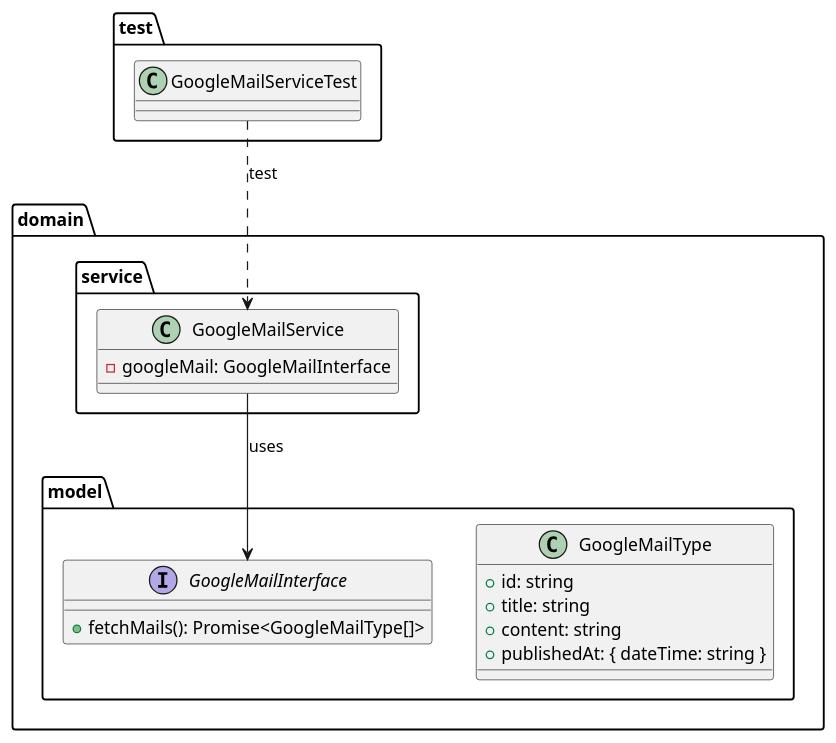
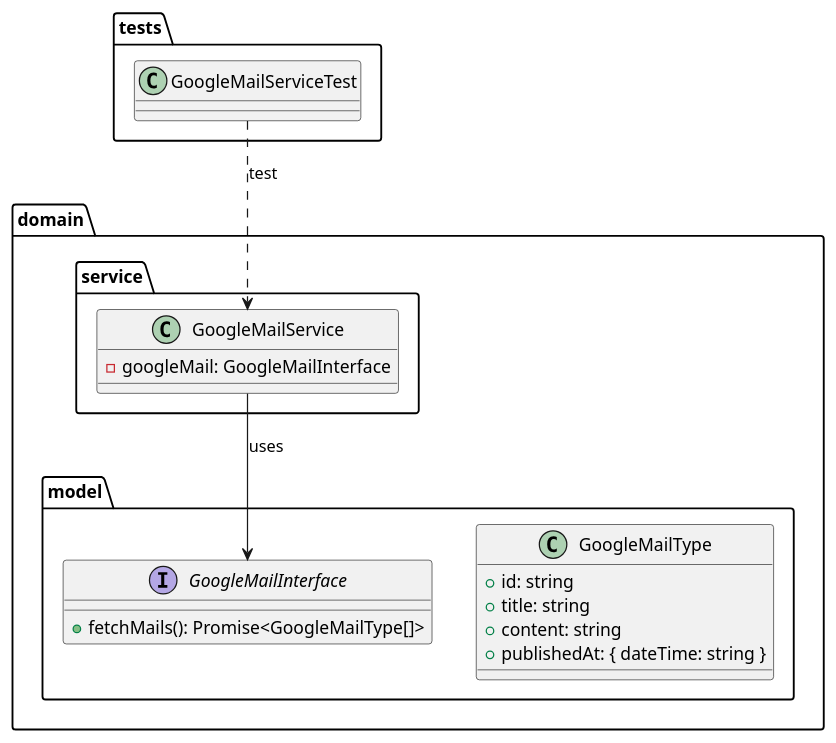
Before and after one commit to rkunihisa/KNZN-CleanArchitecture: the diagram in app/docs/mail-structure.pu, drawn with PlantUML. The commit also changed 4 other files, not shown here.

Commit message:
refactor: improve code formatting and readability in GoogleMailService; update test descriptions and fix package naming in diagrams

```diff
--- a/app/docs/mail-structure.pu
+++ b/app/docs/mail-structure.pu
@@ -1,30 +1,30 @@
 @startuml GoogleMailServiceStructure
 
 package "domain" {
     package "model" {
         class GoogleMailType {
             +id: string
             +title: string
             +content: string
             +publishedAt: { dateTime: string }
         }
         interface GoogleMailInterface {
             +fetchMails(): Promise<GoogleMailType[]>
         }
     }
 
     package "service" {
         class GoogleMailService {
             -googleMail: GoogleMailInterface
         }
     }
 }
 
-package "test" {
+package "tests" {
     class GoogleMailServiceTest {
     }
 }
 
 GoogleMailService --> GoogleMailInterface : uses
 GoogleMailServiceTest ..> GoogleMailService : test
 @enduml
```
